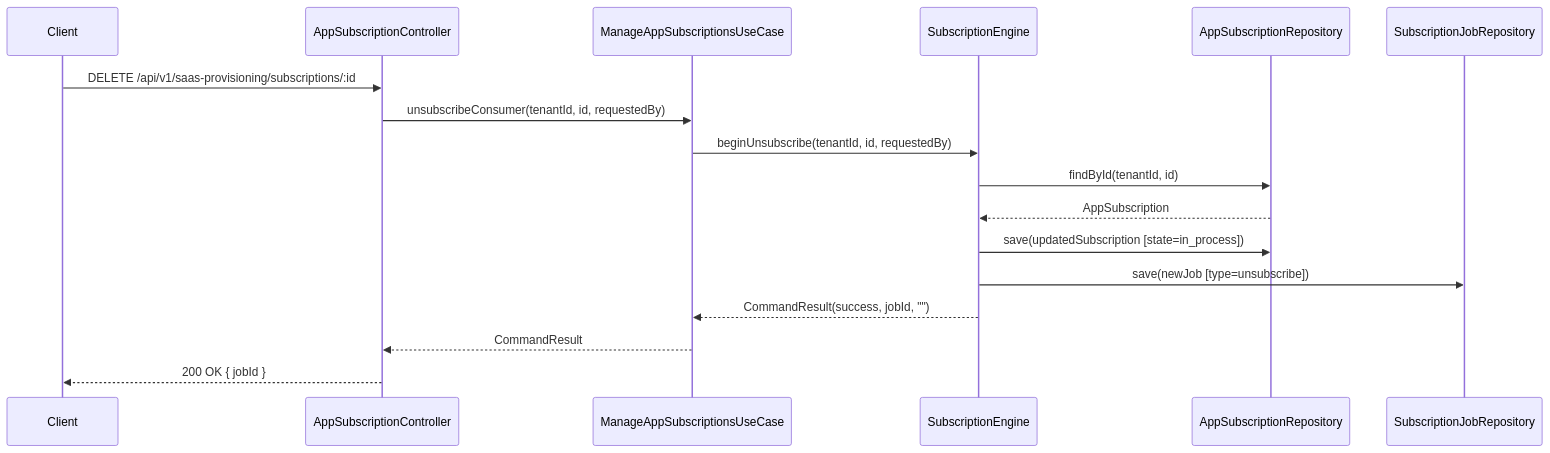
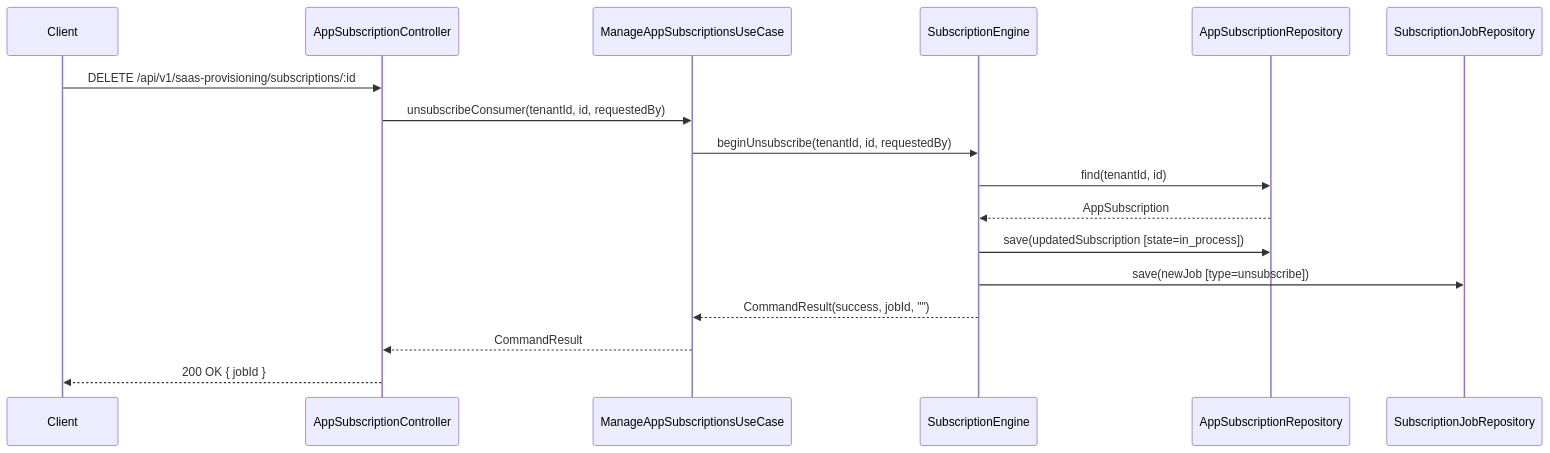
Before and after one commit to UIMSolutions/uim-platform: the third of 5 diagrams in saas-provisioning/UML.md, drawn with Mermaid. The commit also changed other lines of this file and 501 other files, not shown here.

````diff
--- a/saas-provisioning/UML.md
+++ b/saas-provisioning/UML.md
@@ -264,20 +264,20 @@
 ```mermaid
 sequenceDiagram
     participant Client
     participant AppSubController as AppSubscriptionController
     participant SubUC as ManageAppSubscriptionsUseCase
     participant Engine as SubscriptionEngine
     participant SubRepo as AppSubscriptionRepository
     participant JobRepo as SubscriptionJobRepository
 
     Client->>AppSubController: DELETE /api/v1/saas-provisioning/subscriptions/:id
     AppSubController->>SubUC: unsubscribeConsumer(tenantId, id, requestedBy)
     SubUC->>Engine: beginUnsubscribe(tenantId, id, requestedBy)
-    Engine->>SubRepo: findById(tenantId, id)
+    Engine->>SubRepo: find(tenantId, id)
     SubRepo-->>Engine: AppSubscription
     Engine->>SubRepo: save(updatedSubscription [state=in_process])
     Engine->>JobRepo: save(newJob [type=unsubscribe])
     Engine-->>SubUC: CommandResult(success, jobId, "")
     SubUC-->>AppSubController: CommandResult
     AppSubController-->>Client: 200 OK { jobId }
 ```
````
